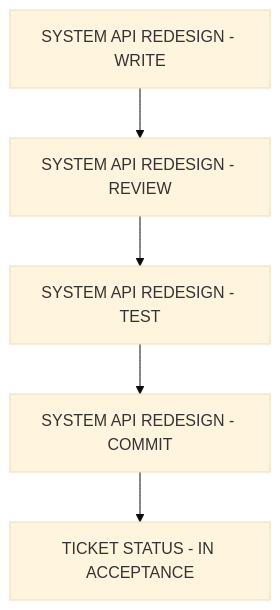
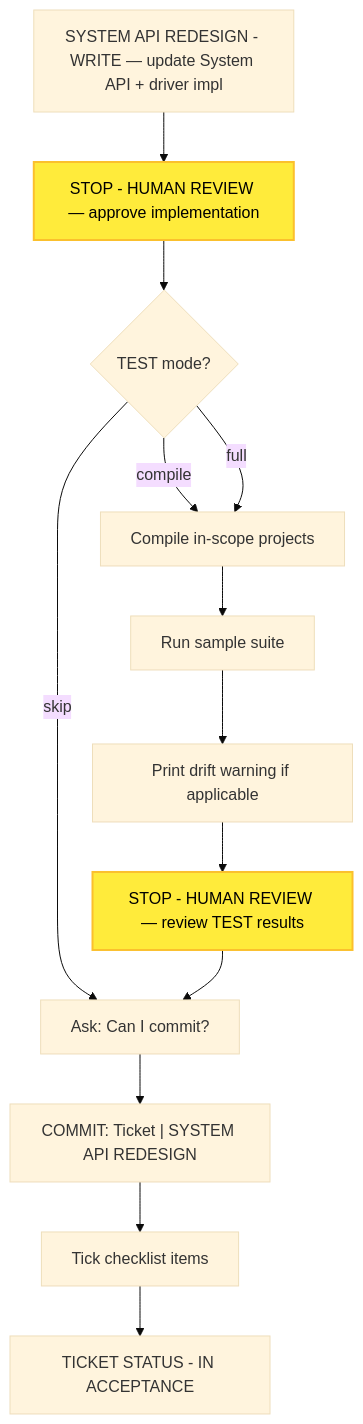
One commit to optivem/starter changed the sixth of 10 diagrams in docs/atdd/process/diagram-process.md. Above: the diagram before and after it, drawn with Mermaid (base theme). The commit also changed other lines of this file and 2 other files, not shown here.

````diff
--- a/docs/atdd/process/diagram-process.md
+++ b/docs/atdd/process/diagram-process.md
@@ -207,13 +201,30 @@
 ```mermaid
 flowchart TD
-    WRITE[SYSTEM API REDESIGN - WRITE]
-    REVIEW[SYSTEM API REDESIGN - REVIEW]
-    TEST[SYSTEM API REDESIGN - TEST]
-    COMMIT[SYSTEM API REDESIGN - COMMIT]
-    IN_ACCEPTANCE[TICKET STATUS - IN ACCEPTANCE]
+    WRITE["SYSTEM API REDESIGN - WRITE — update System API + driver impl"]
+    REVIEW["STOP - HUMAN REVIEW — approve implementation"]
+    TEST_GATE{TEST mode?}
+    COMPILE[Compile in-scope projects]
+    SAMPLE["Run sample suite"]
+    DRIFT[Print drift warning if applicable]
+    STOP_TEST["STOP - HUMAN REVIEW — review TEST results"]
+    ASK_COMMIT["Ask: Can I commit?"]
+    COMMIT["COMMIT: Ticket | SYSTEM API REDESIGN"]
+    TICK[Tick checklist items]
+    INACC[TICKET STATUS - IN ACCEPTANCE]
 
     WRITE --> REVIEW
-    REVIEW --> TEST
-    TEST --> COMMIT
-    COMMIT --> IN_ACCEPTANCE
+    REVIEW --> TEST_GATE
+    TEST_GATE -->|skip| ASK_COMMIT
+    TEST_GATE -->|compile| COMPILE
+    TEST_GATE -->|full| COMPILE
+    COMPILE --> SAMPLE
+    SAMPLE --> DRIFT
+    DRIFT --> STOP_TEST
+    STOP_TEST --> ASK_COMMIT
+    ASK_COMMIT --> COMMIT
+    COMMIT --> TICK
+    TICK --> INACC
+
+    classDef humanReviewNode fill:#ffeb3b,stroke:#fbc02d,stroke-width:2px,color:#000
+    class REVIEW,STOP_TEST humanReviewNode
 ```
````
